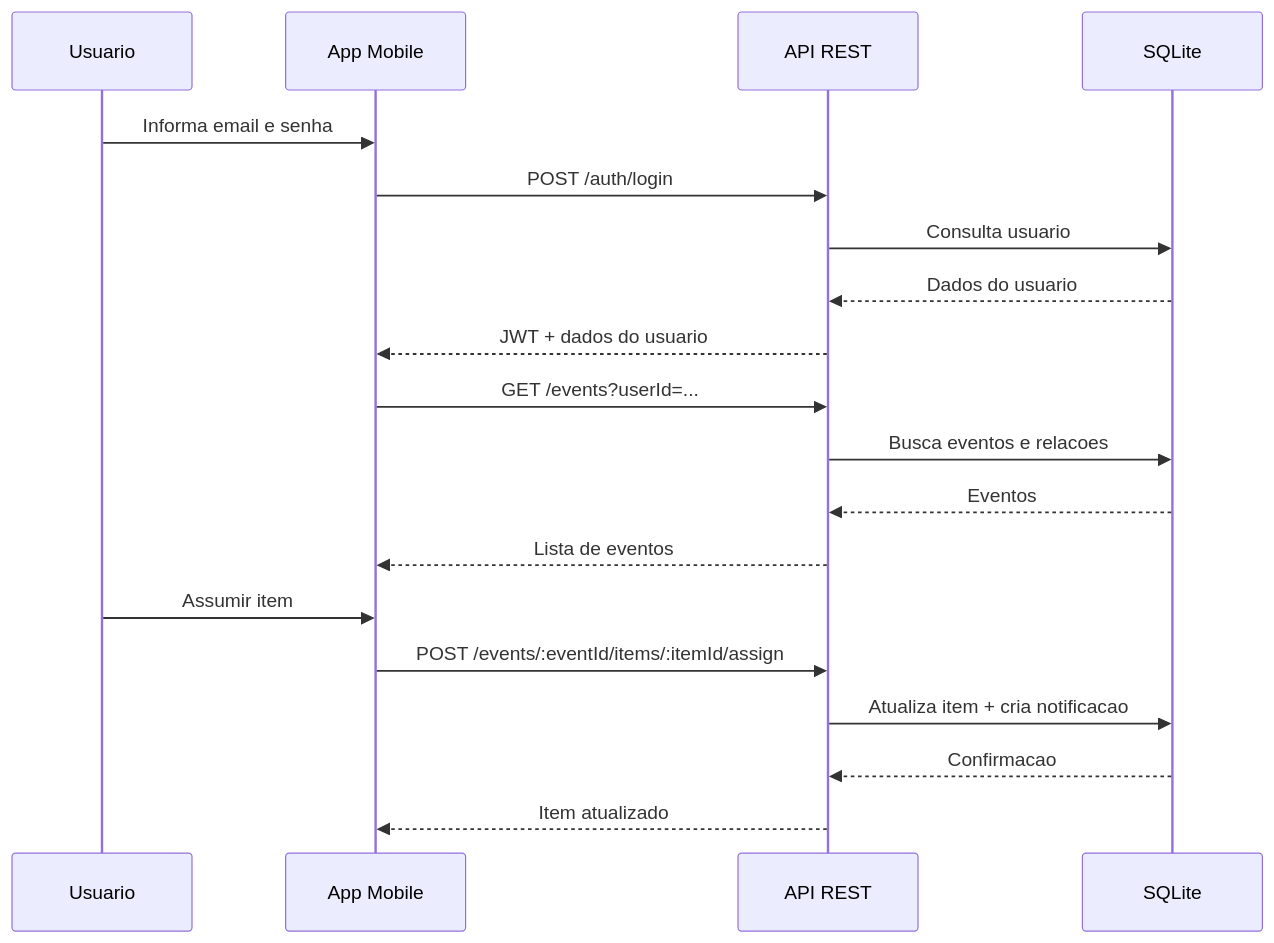
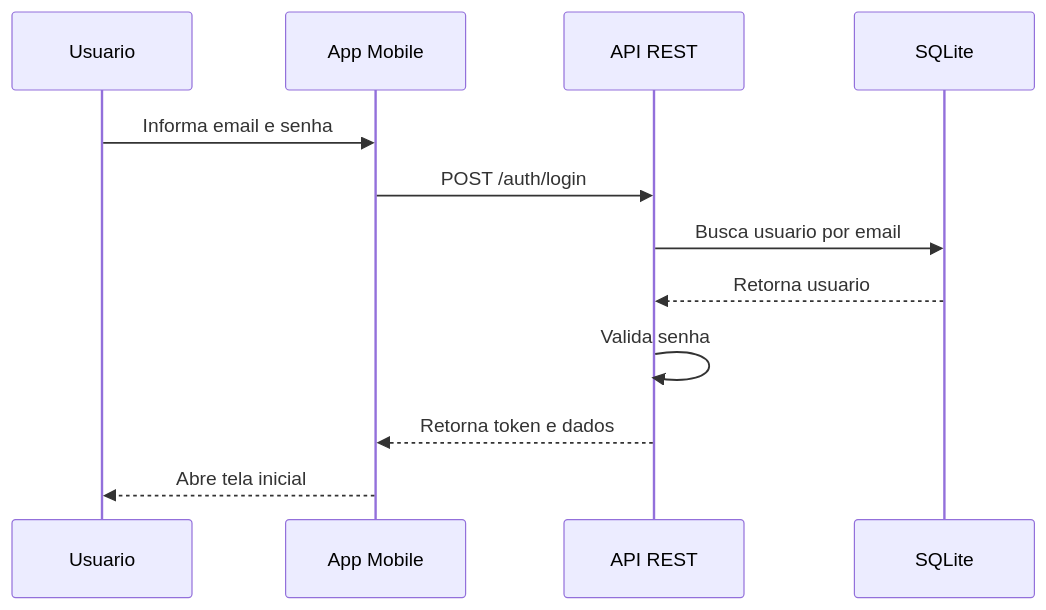
One commit to brunomanoellima/EuLevo changed the second of 5 diagrams in DOCUMENTACAO_PROJETO_EULEVO.md. Above: the diagram before and after it, drawn with Mermaid. The commit also changed other lines of this file, not shown here.

````diff
--- a/DOCUMENTACAO_PROJETO_EULEVO.md
+++ b/DOCUMENTACAO_PROJETO_EULEVO.md
@@ -432,22 +685,15 @@
 ```mermaid
 sequenceDiagram
     participant U as Usuario
     participant F as App Mobile
     participant A as API REST
     participant DB as SQLite
 
     U->>F: Informa email e senha
     F->>A: POST /auth/login
-    A->>DB: Consulta usuario
-    DB-->>A: Dados do usuario
-    A-->>F: JWT + dados do usuario
-    F->>A: GET /events?userId=...
-    A->>DB: Busca eventos e relacoes
-    DB-->>A: Eventos
-    A-->>F: Lista de eventos
-    U->>F: Assumir item
-    F->>A: POST /events/:eventId/items/:itemId/assign
-    A->>DB: Atualiza item + cria notificacao
-    DB-->>A: Confirmacao
-    A-->>F: Item atualizado
+    A->>DB: Busca usuario por email
+    DB-->>A: Retorna usuario
+    A->>A: Valida senha
+    A-->>F: Retorna token e dados
+    F-->>U: Abre tela inicial
 ```
````
